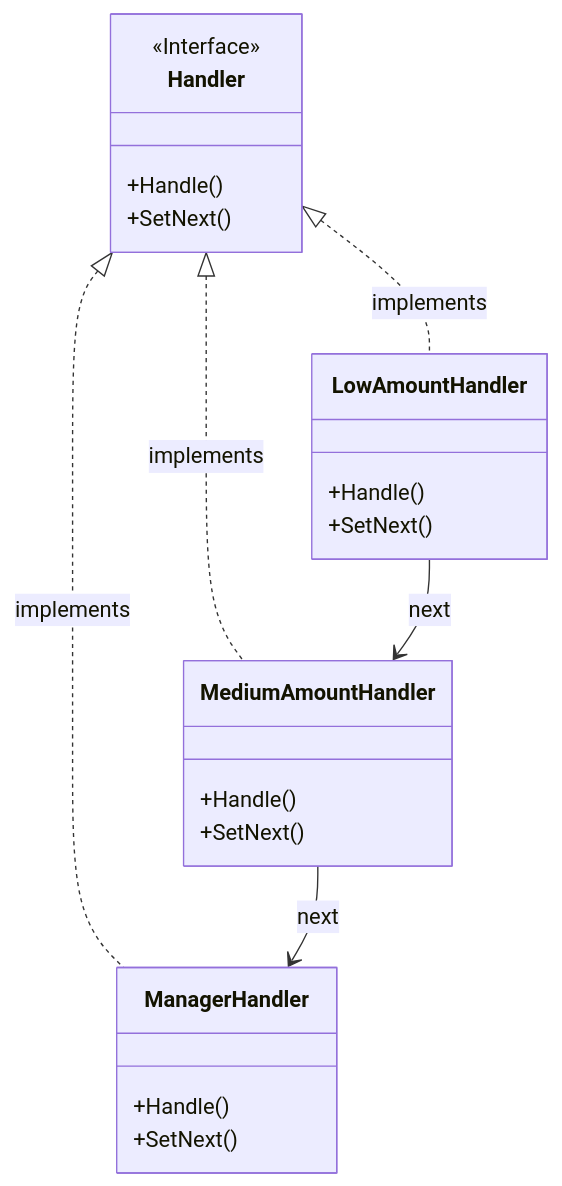
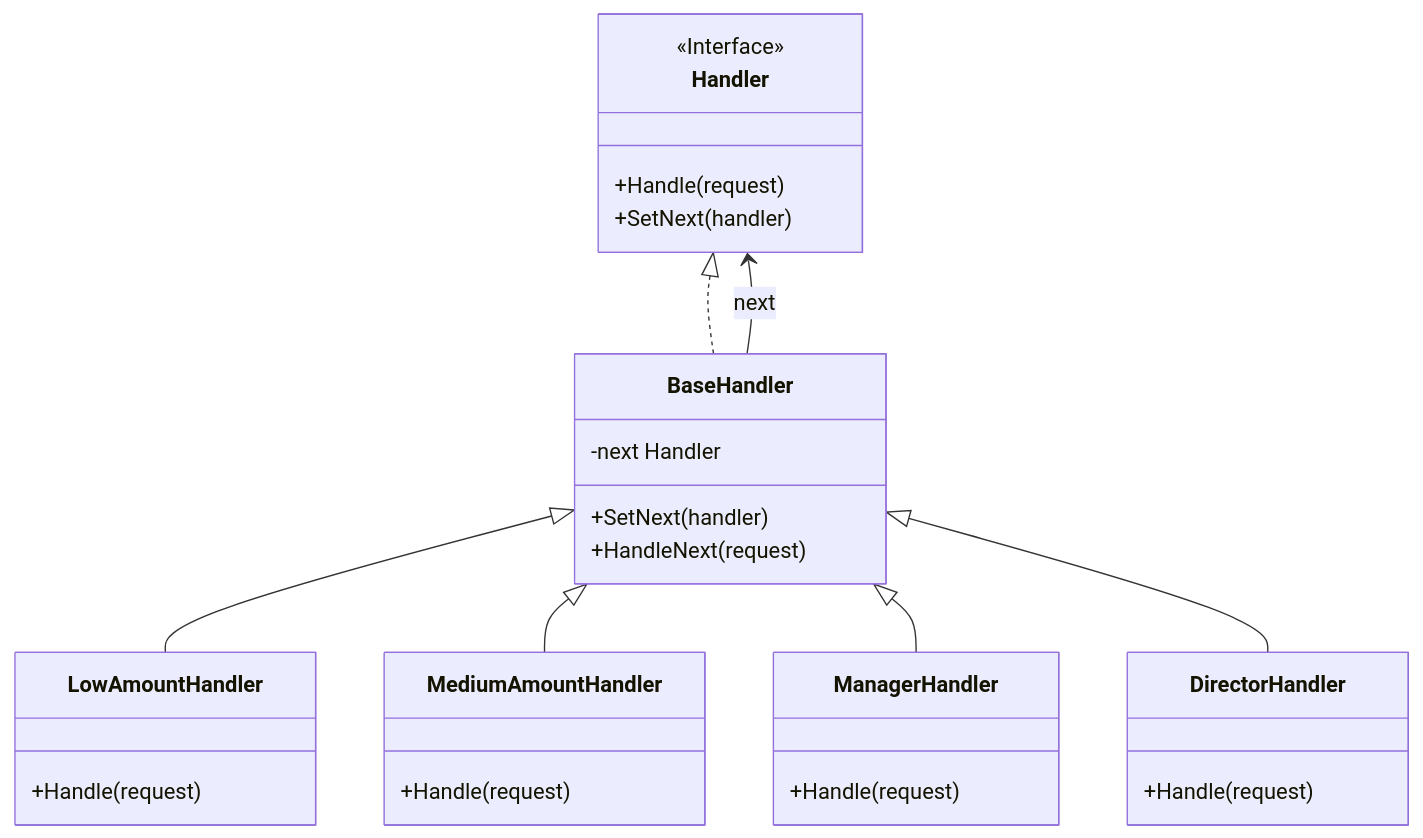
Before and after one commit to JoshuaPangaribuan/design-pattern-go: the first of 2 diagrams in behavioral/chain-of-responsibility/README.md, drawn with Mermaid. The commit also changed other lines of this file and 23 other files, not shown here.

Commit message:
feat: add more diagrams

````diff
--- a/behavioral/chain-of-responsibility/README.md
+++ b/behavioral/chain-of-responsibility/README.md
@@ -23,26 +25,32 @@
 ```mermaid
 classDiagram
     class Handler {
         <<Interface>>
-        +Handle()
-        +SetNext()
+        +Handle(request)
+        +SetNext(handler)
+    }
+    class BaseHandler {
+        -next Handler
+        +SetNext(handler)
+        +HandleNext(request)
     }
     class LowAmountHandler {
-        +Handle()
-        +SetNext()
+        +Handle(request)
     }
     class MediumAmountHandler {
-        +Handle()
-        +SetNext()
+        +Handle(request)
     }
     class ManagerHandler {
-        +Handle()
-        +SetNext()
+        +Handle(request)
+    }
+    class DirectorHandler {
+        +Handle(request)
     }
     
-    Handler <|.. LowAmountHandler : implements
-    Handler <|.. MediumAmountHandler : implements
-    Handler <|.. ManagerHandler : implements
-    LowAmountHandler --> MediumAmountHandler : next
-    MediumAmountHandler --> ManagerHandler : next
+    Handler <|.. BaseHandler
+    BaseHandler <|-- LowAmountHandler
+    BaseHandler <|-- MediumAmountHandler
+    BaseHandler <|-- ManagerHandler
+    BaseHandler <|-- DirectorHandler
+    Handler <-- BaseHandler : next
 ```
````
